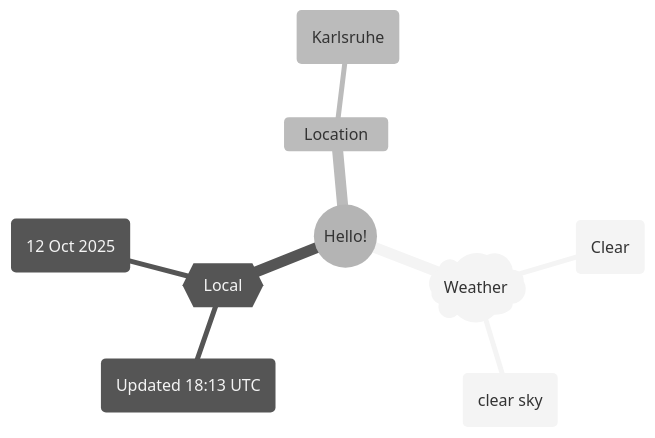
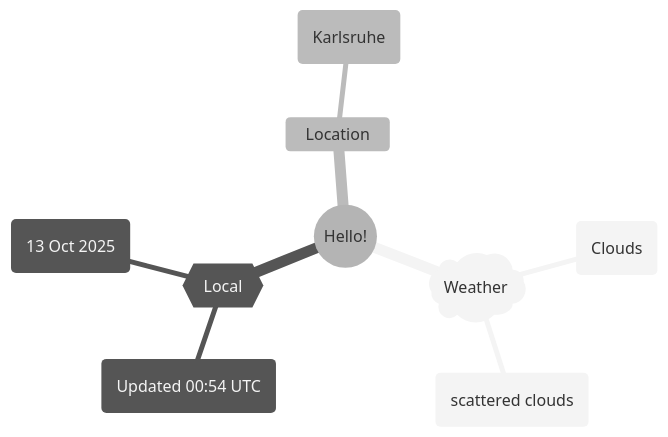
Before and after one commit to Xosrov/Xosrov: the first of 2 diagrams in README.md, drawn with Mermaid (neutral theme).

Commit message:
[bot] updated images

````diff
--- a/README.md
+++ b/README.md
@@ -3,12 +3,12 @@
 ```mermaid
 mindmap
   root((Hello!))
     )Weather(
-        (Clear)
-        (clear sky)
+        (Clouds)
+        (scattered clouds)
     {{Local}}
-        (Updated 18:13 UTC)
-        (12 Oct 2025)
+        (Updated 00:54 UTC)
+        (13 Oct 2025)
     Location
         (Karlsruhe)
 ```
````
